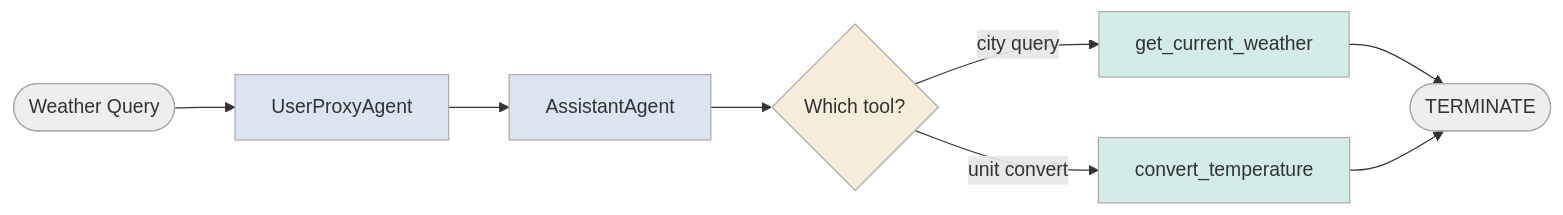
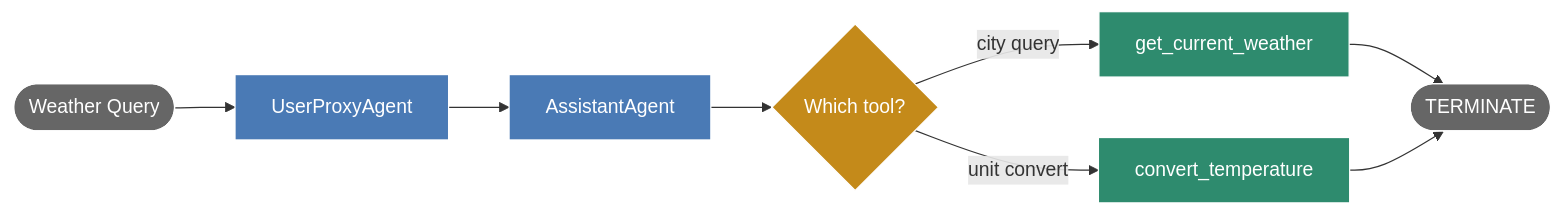
The diagram in reasoning/[tool-use]-[ag2]-[ollama]/README.md (inbravo/agent-bench), drawn with Mermaid before and after one commit. The commit also changed 10 other files, not shown here.

First line of the commit message:
fix: improve Mermaid diagram contrast for GitHub dark mode

````diff
--- a/reasoning/[tool-use]-[ag2]-[ollama]/README.md
+++ b/reasoning/[tool-use]-[ag2]-[ollama]/README.md
@@ -13,18 +13,18 @@
 ```mermaid
 flowchart LR
     A([Weather Query]) --> B[UserProxyAgent]
     B --> C[AssistantAgent]
     C --> D{Which tool?}
     D -- city query --> E[get_current_weather]
     D -- unit convert --> F[convert_temperature]
     E --> G([TERMINATE])
     F --> G
 
-    style A fill:#eeeeee,stroke:#aaa
-    style B fill:#dbe4f0,stroke:#aaa
-    style C fill:#dbe4f0,stroke:#aaa
-    style D fill:#f5edda,stroke:#aaa
-    style E fill:#d4ece8,stroke:#aaa
-    style F fill:#d4ece8,stroke:#aaa
-    style G fill:#eeeeee,stroke:#aaa
+    style A fill:#666666,stroke:#fff,color:#fff
+    style B fill:#4a7ab5,stroke:#fff,color:#fff
+    style C fill:#4a7ab5,stroke:#fff,color:#fff
+    style D fill:#c48a1a,stroke:#fff,color:#fff
+    style E fill:#2e8b6e,stroke:#fff,color:#fff
+    style F fill:#2e8b6e,stroke:#fff,color:#fff
+    style G fill:#666666,stroke:#fff,color:#fff
 ```
````
